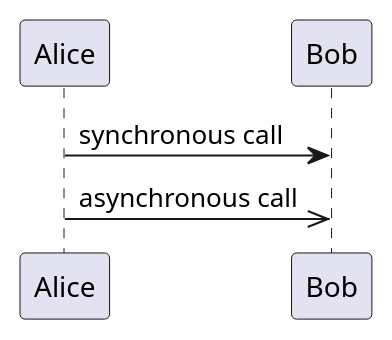
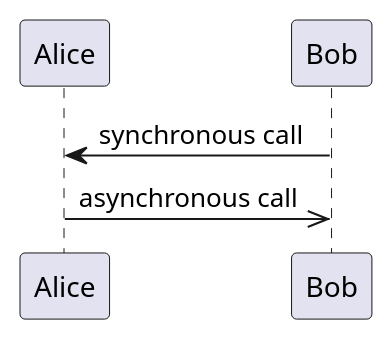
The first of 9 diagrams in doc/UML/plantuml.org (fkehlenb/softwareprojekt-2), drawn with PlantUML before and after one commit. The commit also changed other lines of this file and 11 other files, not shown here.

Commit message:
uml hinzugefügt

```diff
--- a/doc/UML/plantuml.org
+++ b/doc/UML/plantuml.org
@@ -3,4 +3,4 @@
 #+begin_src plantuml :file tryout.png
-  Alice -> Bob: synchronous call
+  Alice <- Bob: synchronous call
   Alice ->> Bob: asynchronous call
 #+end_src
```
